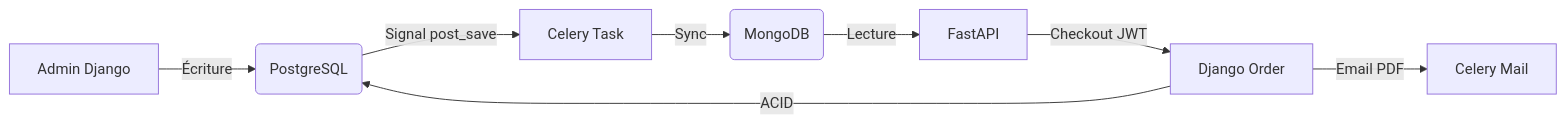
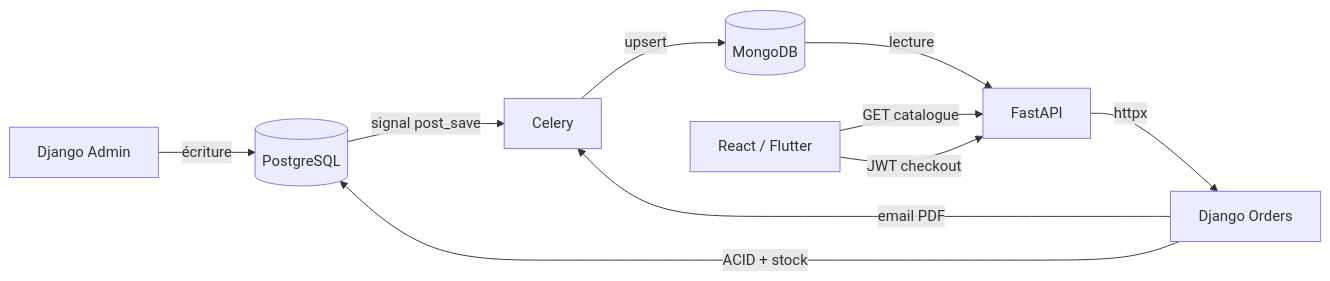
Before and after one commit to TebitR/ecommerce-hybrid: the diagram in README.md, drawn with Mermaid. The commit also changed other lines of this file and 12 other files, not shown here.

First line of the commit message:
feat(catalog): sync images produit vers Mongo et README onboarding Docker

````diff
--- a/README.md
+++ b/README.md
@@ -47,10 +174,12 @@
 ```mermaid
-graph LR
-    A[Admin Django] -->|Écriture| B(PostgreSQL)
-    B -->|Signal post_save| C[Celery Task]
-    C -->|Sync| D(MongoDB)
-    D -->|Lecture| E[FastAPI]
-    E -->|Checkout JWT| F[Django Order]
-    F -->|ACID| B
-    F -->|Email PDF| G[Celery Mail]
+flowchart LR
+  Admin[Django Admin] -->|écriture| PG[(PostgreSQL)]
+  PG -->|signal post_save| Celery[Celery]
+  Celery -->|upsert| Mongo[(MongoDB)]
+  Mongo -->|lecture| FastAPI[FastAPI]
+  Clients[React / Flutter] -->|GET catalogue| FastAPI
+  Clients -->|JWT checkout| FastAPI
+  FastAPI -->|httpx| Django[Django Orders]
+  Django -->|ACID + stock| PG
+  Django -->|email PDF| Celery
 ```
````
